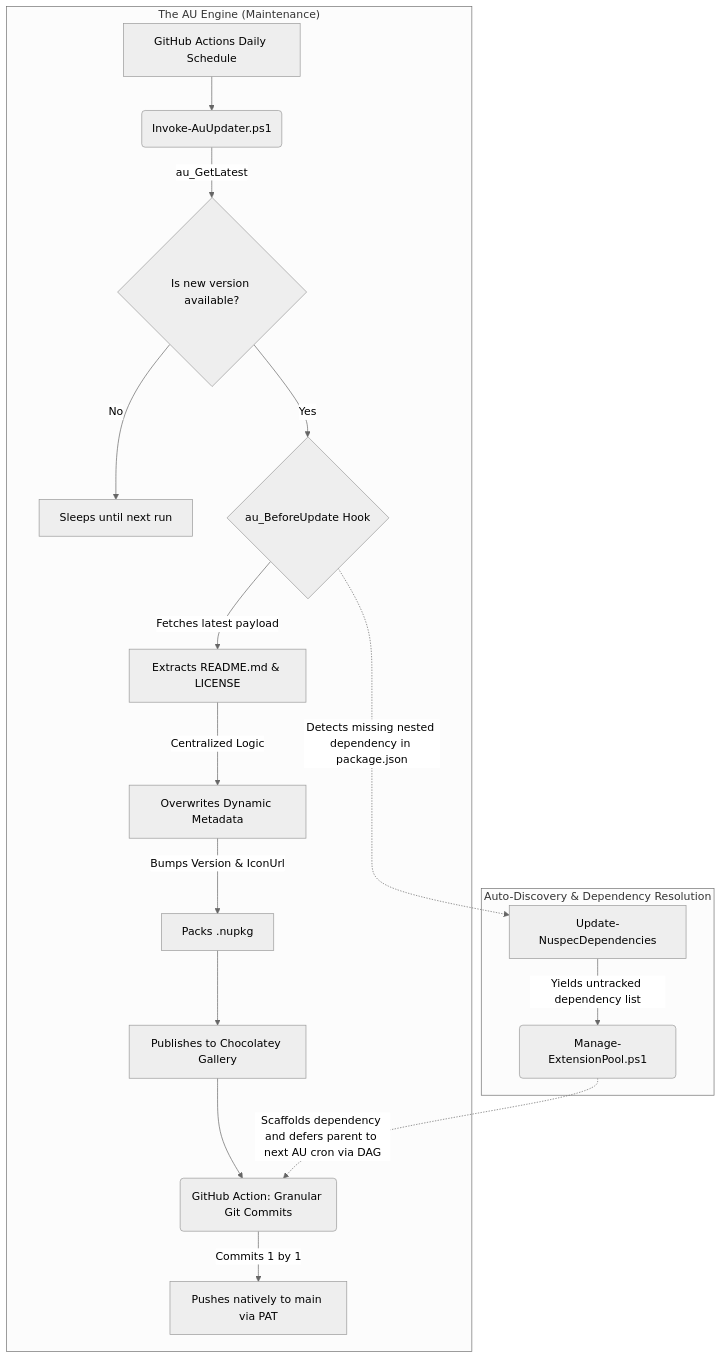
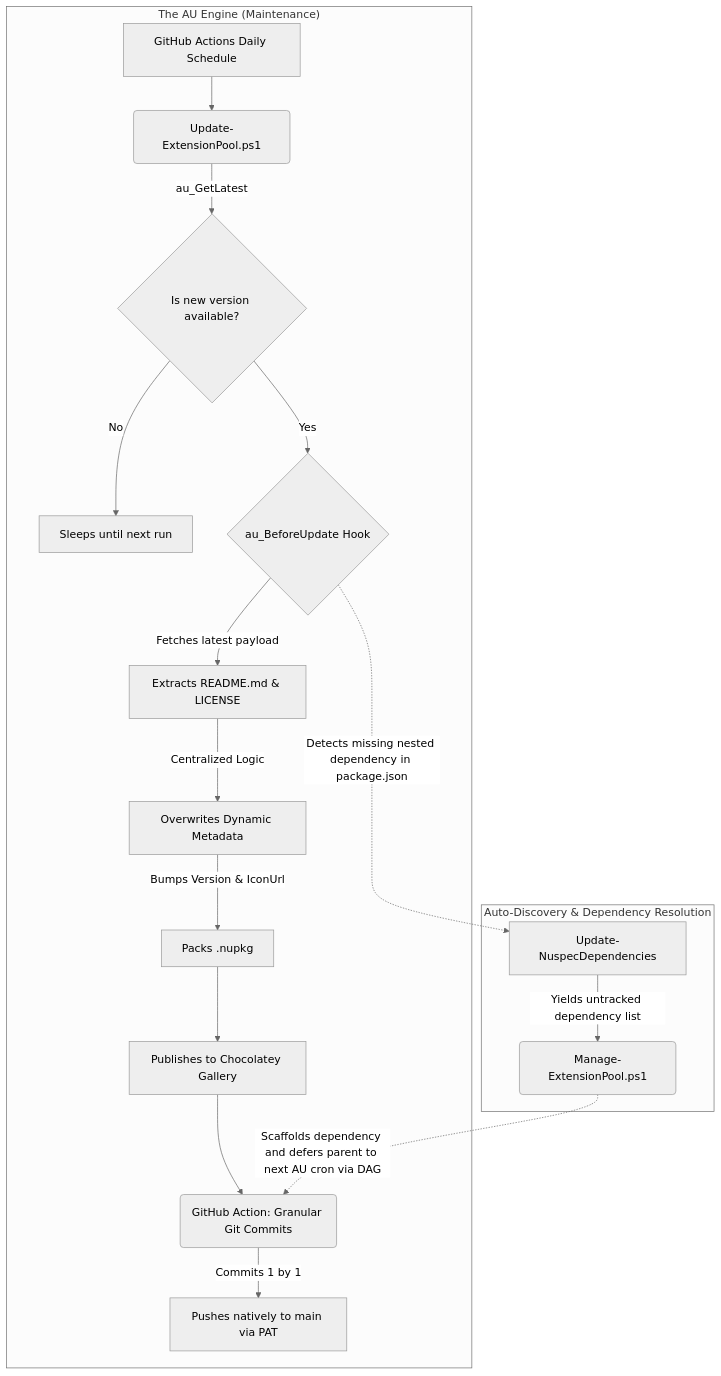
The second of 2 diagrams in docs/architecture.md (philippeganz/chocolatey-vscode-extensions), drawn with Mermaid (neutral theme) before and after one commit. The commit also changed other lines of this file and 2 other files, not shown here.

````diff
--- a/docs/architecture.md
+++ b/docs/architecture.md
@@ -42,21 +42,21 @@
 ```mermaid
 flowchart TD
     subgraph "The AU Engine (Maintenance)"
-        Cron["GitHub Actions Daily Schedule"] --> G("Invoke-AuUpdater.ps1")
+        Cron["GitHub Actions Daily Schedule"] --> G("Update-ExtensionPool.ps1")
         G -->|au_GetLatest| H{"Is new version available?"}
         H -->|No| ZZZ["Sleeps until next run"]
         H -->|Yes| I{"au_BeforeUpdate Hook"}
         I -->|Fetches latest payload| J["Extracts README.md & LICENSE"]
         J -->|Centralized Logic| K["Overwrites Dynamic Metadata"]
         K -->|Bumps Version & IconUrl| L["Packs .nupkg"]
         L --> M["Publishes to Chocolatey Gallery"]
         M --> N("GitHub Action: Granular Git Commits")
         N -->|Commits 1 by 1| O["Pushes natively to main via PAT"]
     end
 
     subgraph "Auto-Discovery & Dependency Resolution"
         I -.->|Detects missing nested dependency in package.json| P["Update-NuspecDependencies"]
         P -->|Yields untracked dependency list| B("Manage-ExtensionPool.ps1")
         B -.->|Scaffolds dependency and defers parent to next AU cron via DAG| N
     end
 ```
````
